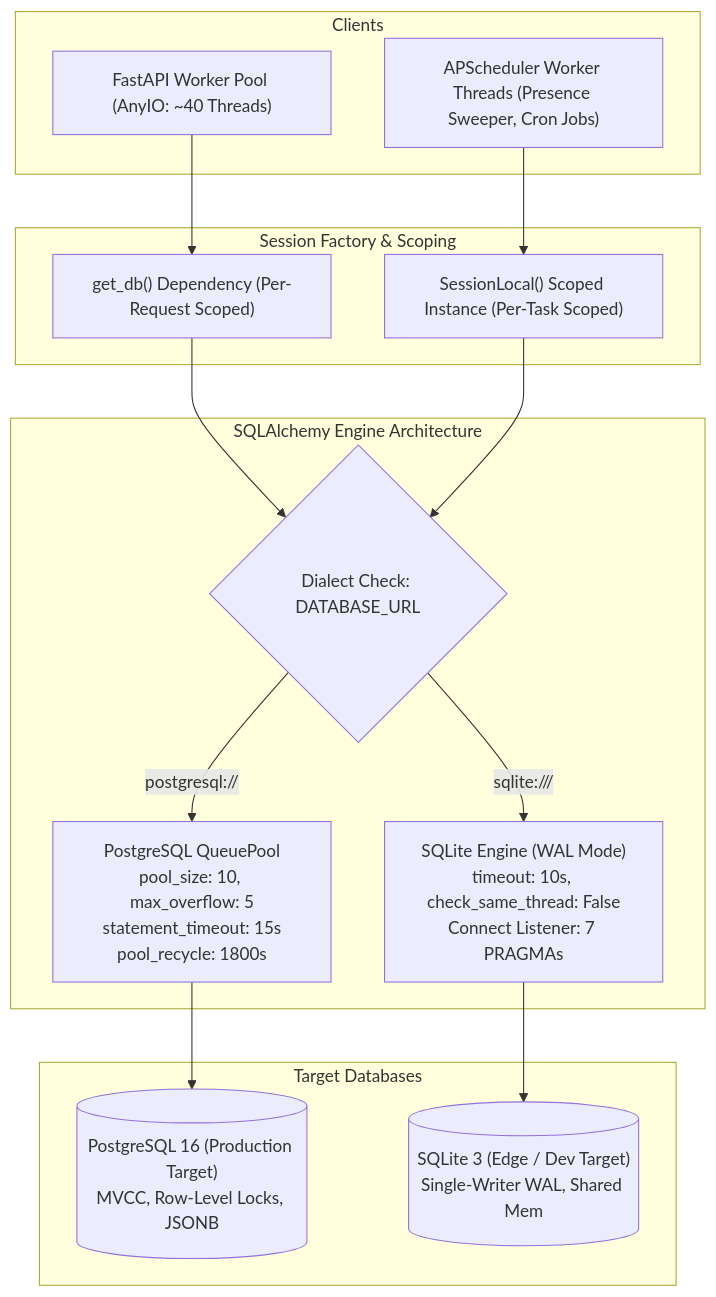
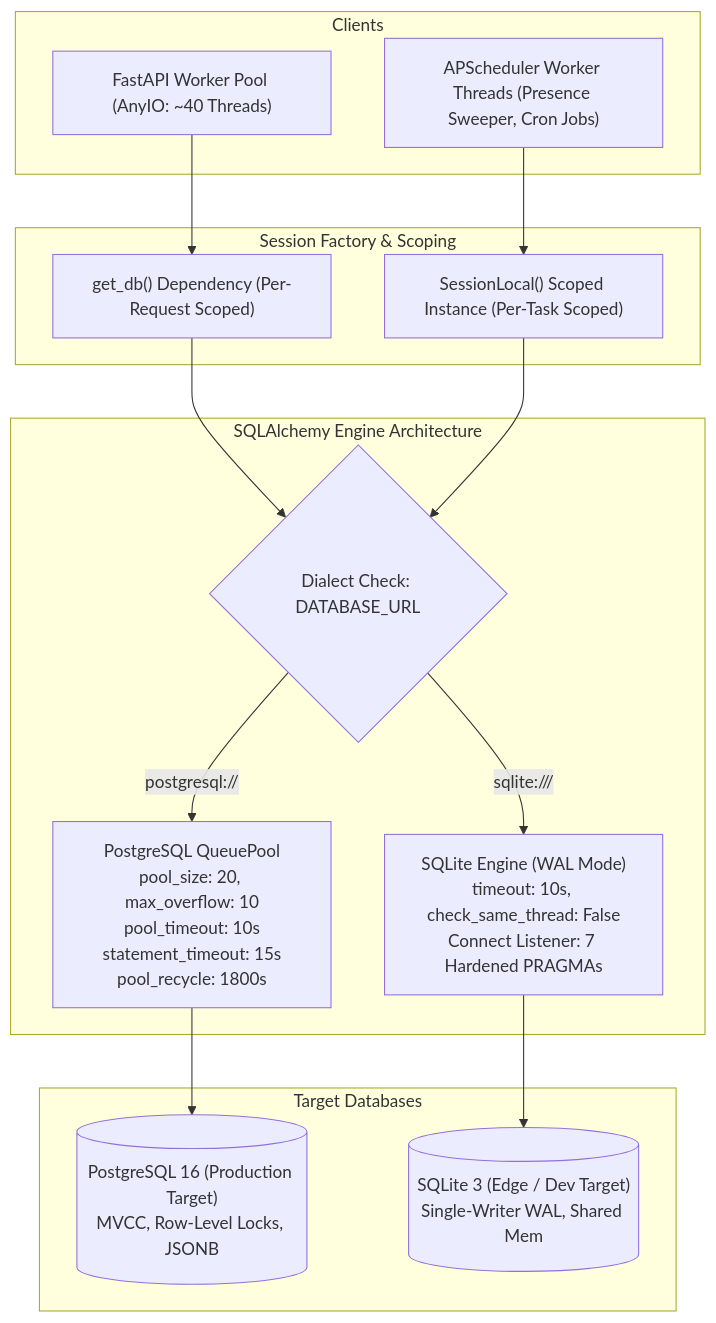
The first of 3 diagrams in wiki/concept-database-lifecycle.md (mochmizan/proyek-monitoring-dtedi), drawn with Mermaid before and after one commit. The commit also changed other lines of this file and 11 other files, not shown here.

````diff
--- a/wiki/concept-database-lifecycle.md
+++ b/wiki/concept-database-lifecycle.md
@@ -13,35 +13,35 @@
 ```mermaid
 flowchart TD
     subgraph Clients
         FastAPIThreads["FastAPI Worker Pool (AnyIO: ~40 Threads)"]
         BackgroundTasks["APScheduler Worker Threads (Presence Sweeper, Cron Jobs)"]
     end
 
     subgraph "Session Factory & Scoping"
         GetDB["get_db() Dependency (Per-Request Scoped)"]
         WorkerDB["SessionLocal() Scoped Instance (Per-Task Scoped)"]
     end
 
     subgraph "SQLAlchemy Engine Architecture"
         DialectRouter{"Dialect Check: DATABASE_URL"}
-        PGPool["PostgreSQL QueuePool<br/>pool_size: 10, max_overflow: 5<br/>statement_timeout: 15s<br/>pool_recycle: 1800s"]
-        SQLiteEngine["SQLite Engine (WAL Mode)<br/>timeout: 10s, check_same_thread: False<br/>Connect Listener: 7 PRAGMAs"]
+        PGPool["PostgreSQL QueuePool<br/>pool_size: 20, max_overflow: 10<br/>pool_timeout: 10s<br/>statement_timeout: 15s<br/>pool_recycle: 1800s"]
+        SQLiteEngine["SQLite Engine (WAL Mode)<br/>timeout: 10s, check_same_thread: False<br/>Connect Listener: 7 Hardened PRAGMAs"]
     end
 
     subgraph "Target Databases"
         PostgreSQL[("PostgreSQL 16 (Production Target)<br/>MVCC, Row-Level Locks, JSONB")]
         SQLite[("SQLite 3 (Edge / Dev Target)<br/>Single-Writer WAL, Shared Mem")]
     end
 
     FastAPIThreads --> GetDB
     BackgroundTasks --> WorkerDB
 
     GetDB --> DialectRouter
     WorkerDB --> DialectRouter
 
     DialectRouter -- postgresql:// --> PGPool
     DialectRouter -- sqlite:/// --> SQLiteEngine
 
     PGPool --> PostgreSQL
     SQLiteEngine --> SQLite
 ```
````
